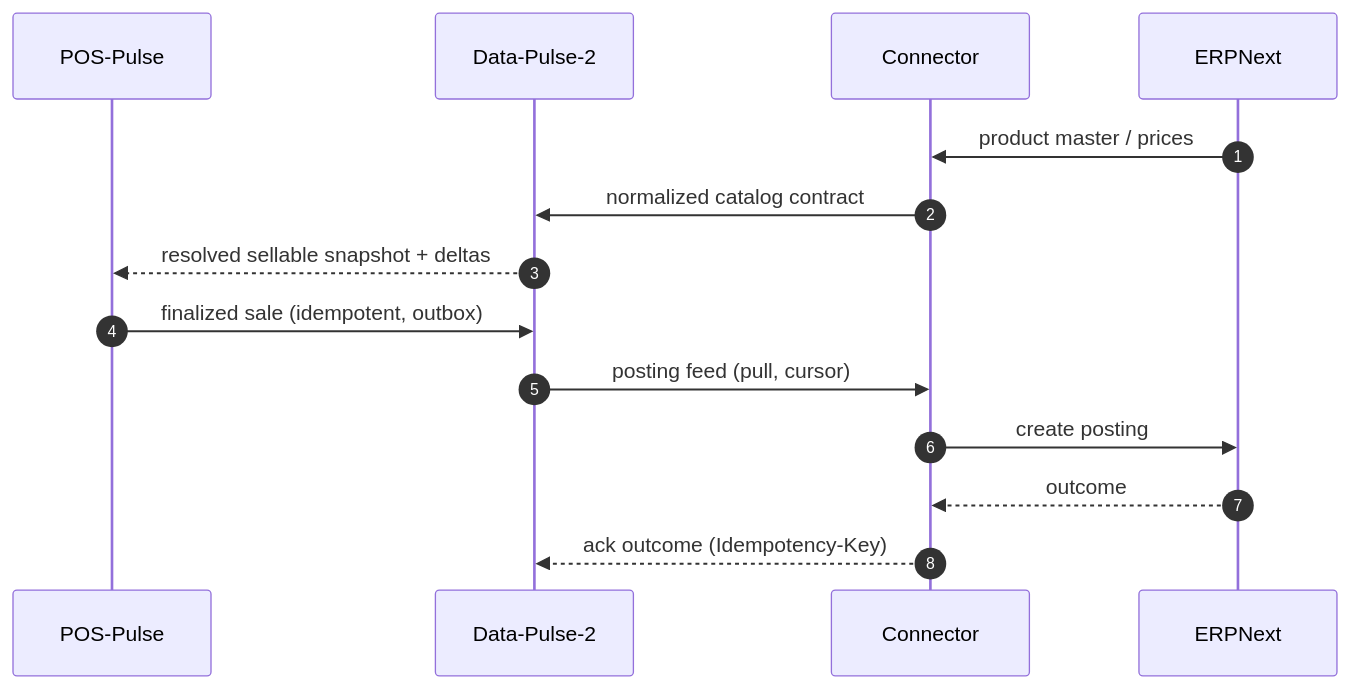
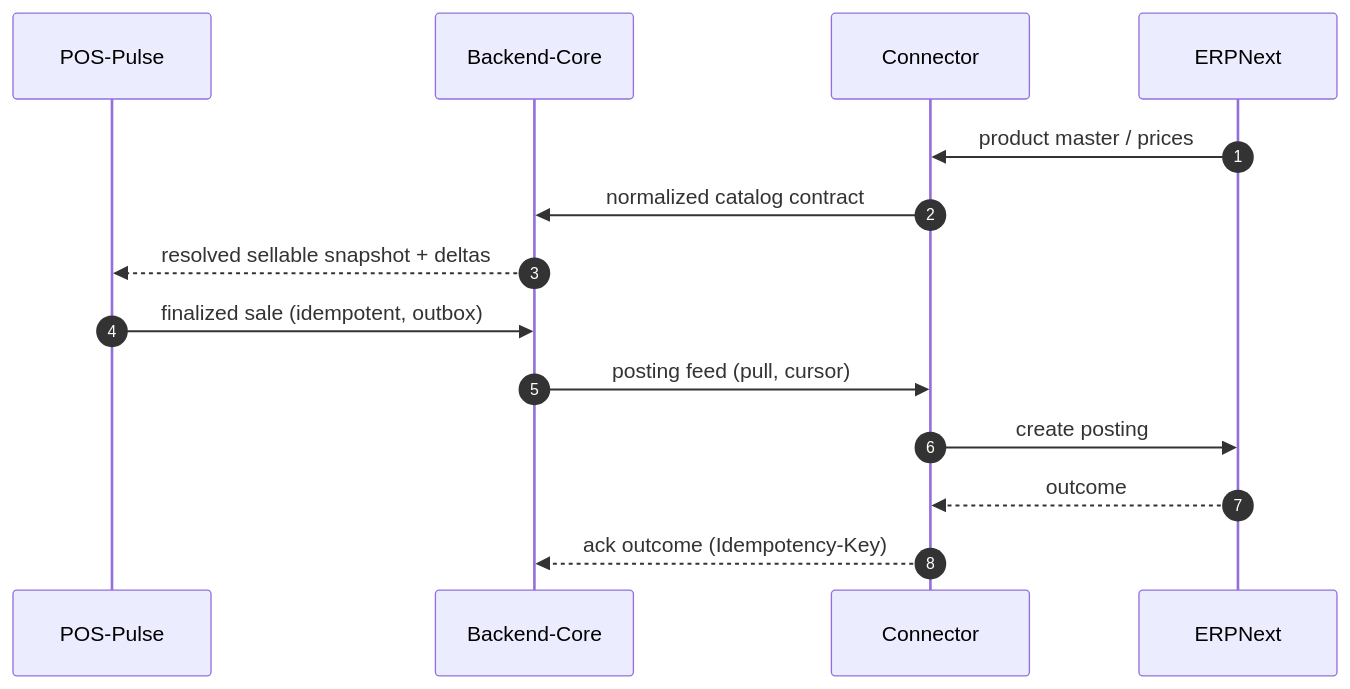
Before and after one commit to Kemetra-Labs/Retail-Tower-Erp: the second of 2 diagrams in services/backend-core/docs/architecture/synchronization.md, drawn with Mermaid. The commit also changed other lines of this file and 54 other files, not shown here.

````diff
--- a/services/backend-core/docs/architecture/synchronization.md
+++ b/services/backend-core/docs/architecture/synchronization.md
@@ -46,16 +46,16 @@
 ```mermaid
 sequenceDiagram
     autonumber
     participant POS as POS-Pulse
-    participant DP2 as Data-Pulse-2
+    participant DP2 as Backend-Core
     participant CN as Connector
     participant ERP as ERPNext
     ERP->>CN: product master / prices
     CN->>DP2: normalized catalog contract
     DP2-->>POS: resolved sellable snapshot + deltas
     POS->>DP2: finalized sale (idempotent, outbox)
     DP2->>CN: posting feed (pull, cursor)
     CN->>ERP: create posting
     ERP-->>CN: outcome
     CN-->>DP2: ack outcome (Idempotency-Key)
 ```
````
